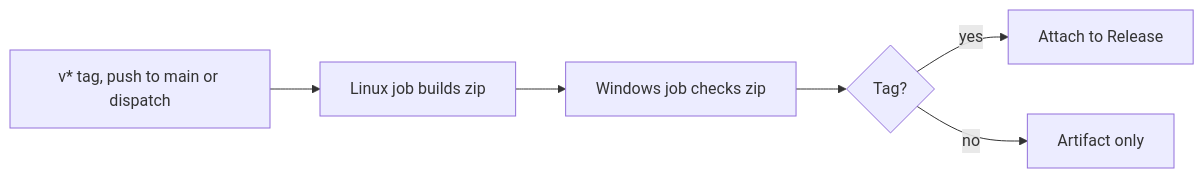
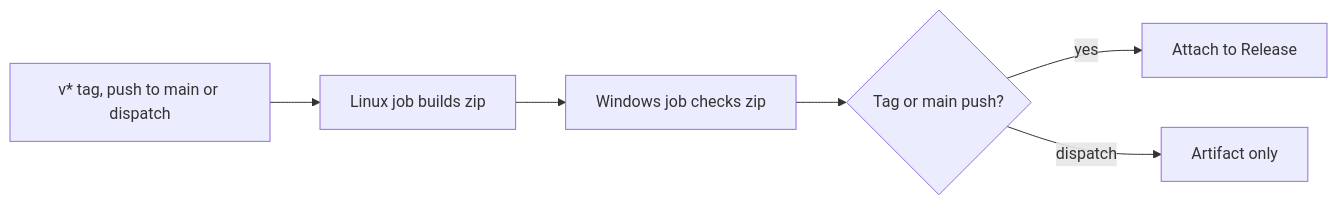
One commit to syudead/vv changed the ninth of 9 diagrams in docs/design-docs/windows-app.md. Above: the diagram before and after it, drawn with Mermaid. The commit also changed other lines of this file and 2 other files, not shown here.

First line of the commit message:
ci: main への push のたびに Windows 版の zip を GitHub Release に添付する

````diff
--- a/docs/design-docs/windows-app.md
+++ b/docs/design-docs/windows-app.md
@@ -282,8 +282,8 @@
 ```mermaid
 flowchart LR
   tag[v* tag, push to main or dispatch] --> build[Linux job builds zip]
   build --> verify[Windows job checks zip]
-  verify --> tagged{Tag?}
-  tagged -->|yes| release[Attach to Release]
-  tagged -->|no| artifact[Artifact only]
+  verify --> pushed{Tag or main push?}
+  pushed -->|yes| release[Attach to Release]
+  pushed -->|dispatch| artifact[Artifact only]
 ```
````
